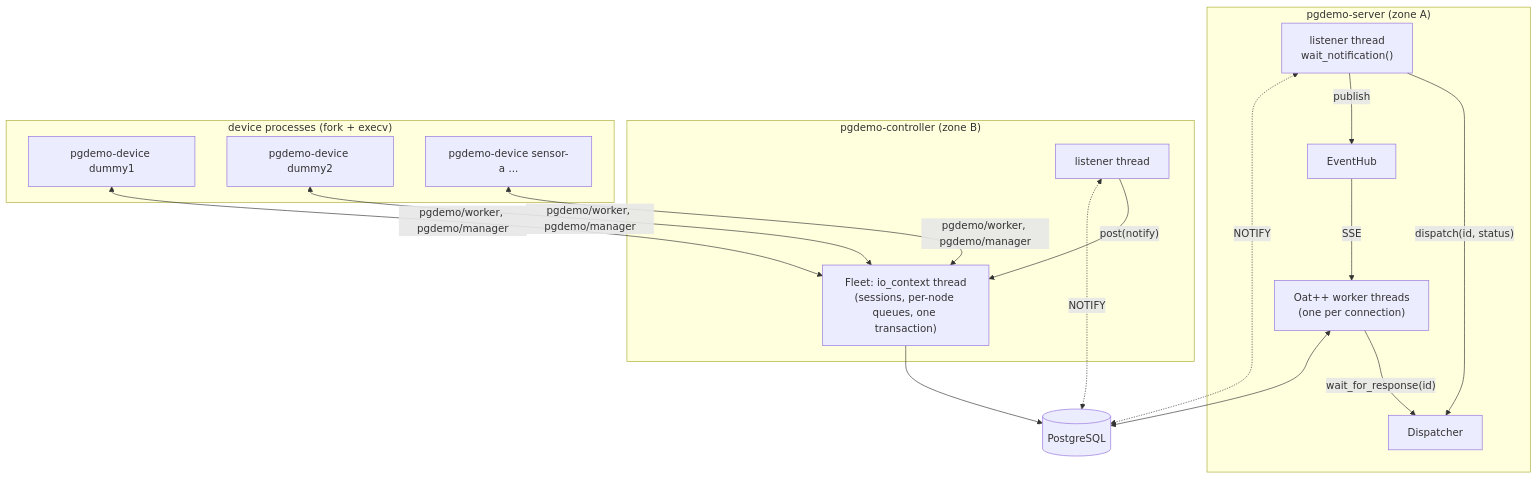
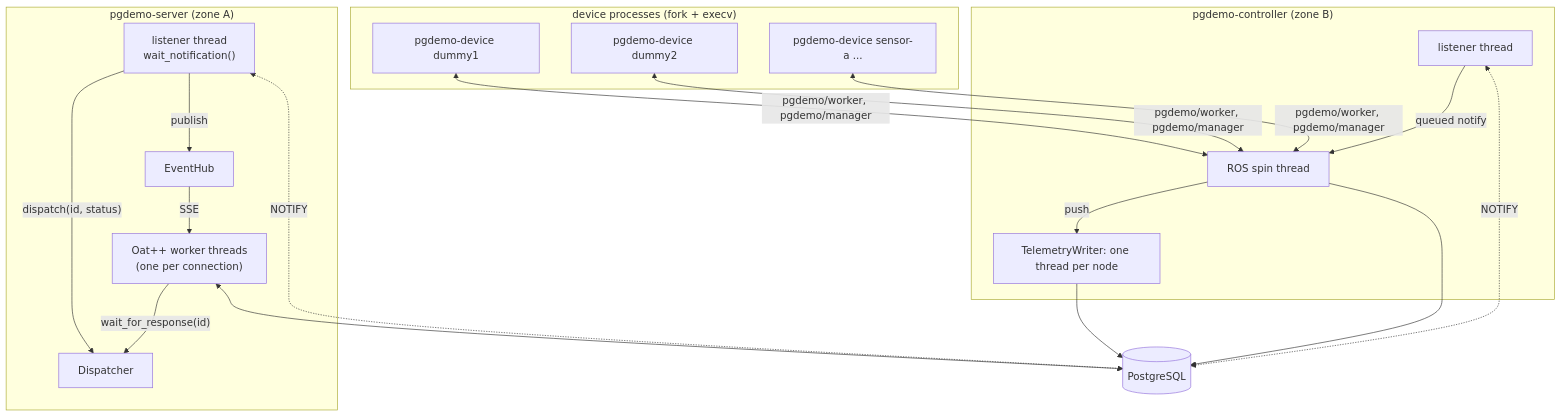
One commit to jgmatu/postgresql changed the first of 5 diagrams in docs/ARCHITECTURE.md. Above: the diagram before and after it, drawn with Mermaid. The commit also changed other lines of this file and 3 other files, not shown here.

Commit message:
Document the controller's POSIX queues and the split between Fleet, the process table and the session.

````diff
--- a/docs/ARCHITECTURE.md
+++ b/docs/ARCHITECTURE.md
@@ -33,31 +33,34 @@
 ```mermaid
 flowchart TB
     subgraph S["pgdemo-server (zone A)"]
         HTTP["Oat++ worker threads<br/>(one per connection)"]
         SL["listener thread<br/>wait_notification()"]
         D["Dispatcher"]
         H["EventHub"]
         HTTP -- "wait_for_response(id)" --> D
         SL -- "dispatch(id, status)" --> D
         SL -- "publish" --> H
         H -- "SSE" --> HTTP
     end
     subgraph C["pgdemo-controller (zone B)"]
         CL["listener thread"]
-        F["Fleet: io_context thread<br/>(sessions, per-node queues, one transaction)"]
-        CL -- "post(notify)" --> F
+        F["ROS spin thread"]
+        W["TelemetryWriter: one thread per node"]
+        CL -- "queued notify" --> F
+        F -- "push" --> W
     end
     subgraph DEV["device processes (fork + execv)"]
         P1["pgdemo-device dummy1"]
         P2["pgdemo-device dummy2"]
         PN["pgdemo-device sensor-a ..."]
     end
     PG[("PostgreSQL")]
     HTTP <--> PG
     SL <-. "NOTIFY" .-> PG
     P1 <-- "pgdemo/worker, pgdemo/manager" --> F
     P2 <-- "pgdemo/worker, pgdemo/manager" --> F
     PN <-- "pgdemo/worker, pgdemo/manager" --> F
     F --> PG
+    W --> PG
     CL <-. "NOTIFY" .-> PG
 ```
````
